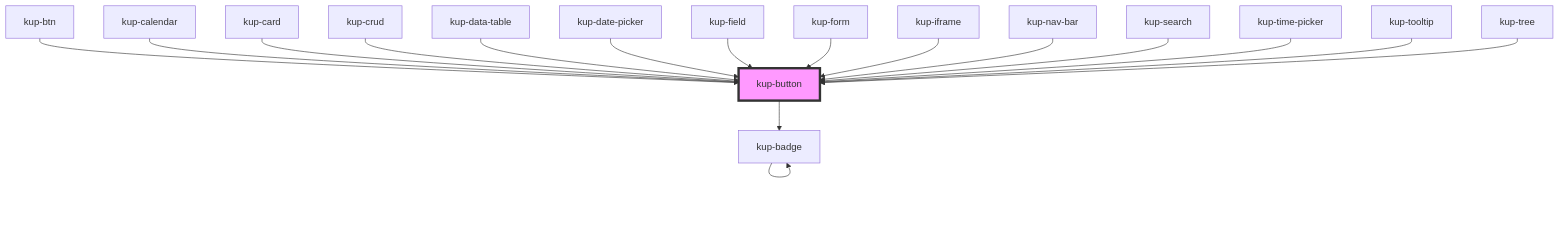
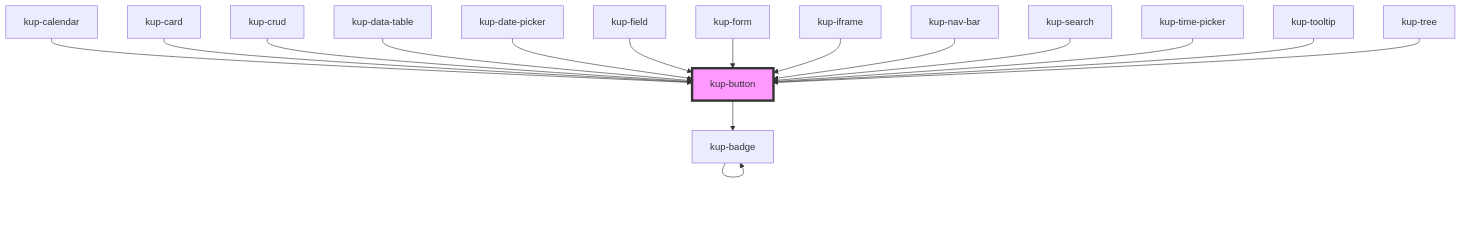
One commit to smeup/ketchup changed the diagram in packages/ketchup/src/components/kup-button/readme.md. Above: the diagram before and after it, drawn with Mermaid. The commit also changed other lines of this file and 40 other files, not shown here.

Commit message:
first commit, managed kup-btn

````diff
--- a/packages/ketchup/src/components/kup-button/readme.md
+++ b/packages/ketchup/src/components/kup-button/readme.md
@@ -78,20 +77,19 @@
 ```mermaid
 graph TD;
   kup-button --> kup-badge
   kup-badge --> kup-badge
-  kup-btn --> kup-button
   kup-calendar --> kup-button
   kup-card --> kup-button
   kup-crud --> kup-button
   kup-data-table --> kup-button
   kup-date-picker --> kup-button
   kup-field --> kup-button
   kup-form --> kup-button
   kup-iframe --> kup-button
   kup-nav-bar --> kup-button
   kup-search --> kup-button
   kup-time-picker --> kup-button
   kup-tooltip --> kup-button
   kup-tree --> kup-button
   style kup-button fill:#f9f,stroke:#333,stroke-width:4px
 ```
````
